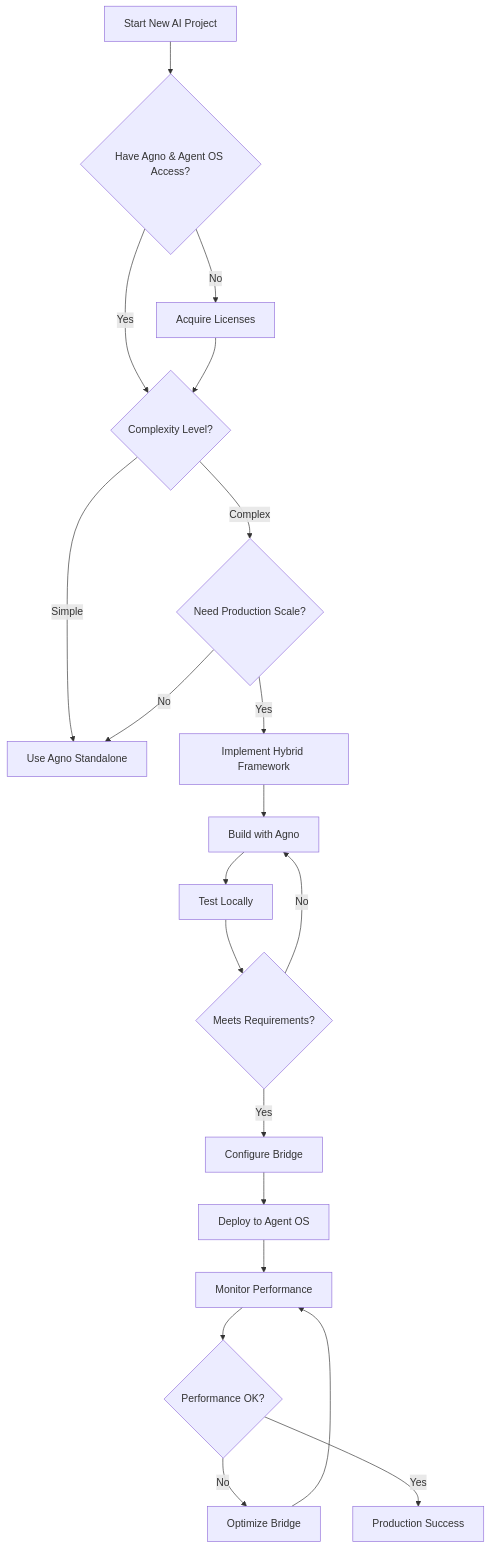
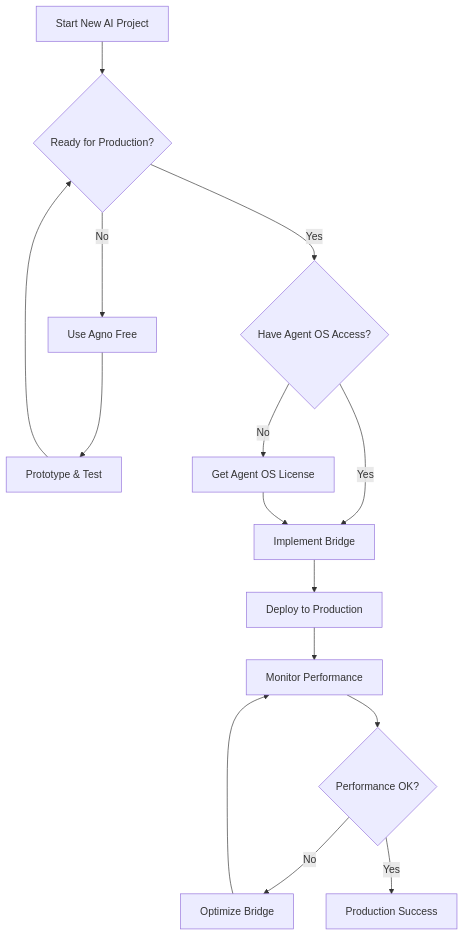
Before and after one commit to jvalenzano/hybrid-framework: the third of 3 diagrams in README.md, drawn with Mermaid. The commit also changed other lines of this file, not shown here.

````diff
--- a/README.md
+++ b/README.md
@@ -189,22 +193,17 @@
 ```mermaid
 flowchart TD
-    A[Start New AI Project] --> B{Have Agno & Agent OS Access?}
-    B -->|No| C[Acquire Licenses]
-    B -->|Yes| D{Complexity Level?}
-    C --> D
-    D -->|Simple| E[Use Agno Standalone]
-    D -->|Complex| F{Need Production Scale?}
-    F -->|No| E
-    F -->|Yes| G[Implement Hybrid Framework]
-    G --> H[Build with Agno]
-    H --> I[Test Locally]
-    I --> J{Meets Requirements?}
-    J -->|No| H
-    J -->|Yes| K[Configure Bridge]
-    K --> L[Deploy to Agent OS]
-    L --> M[Monitor Performance]
-    M --> N{Performance OK?}
-    N -->|No| O[Optimize Bridge]
-    N -->|Yes| P[Production Success]
-    O --> M
+    A[Start New AI Project] --> B{Ready for Production?}
+    B -->|No| C[Use Agno Free]
+    B -->|Yes| D{Have Agent OS Access?}
+    C --> E[Prototype & Test]
+    D -->|No| F[Get Agent OS License]
+    D -->|Yes| G[Implement Bridge]
+    E --> B
+    F --> G
+    G --> H[Deploy to Production]
+    H --> I[Monitor Performance]
+    I --> J{Performance OK?}
+    J -->|No| K[Optimize Bridge]
+    J -->|Yes| L[Production Success]
+    K --> I
 ```
````
